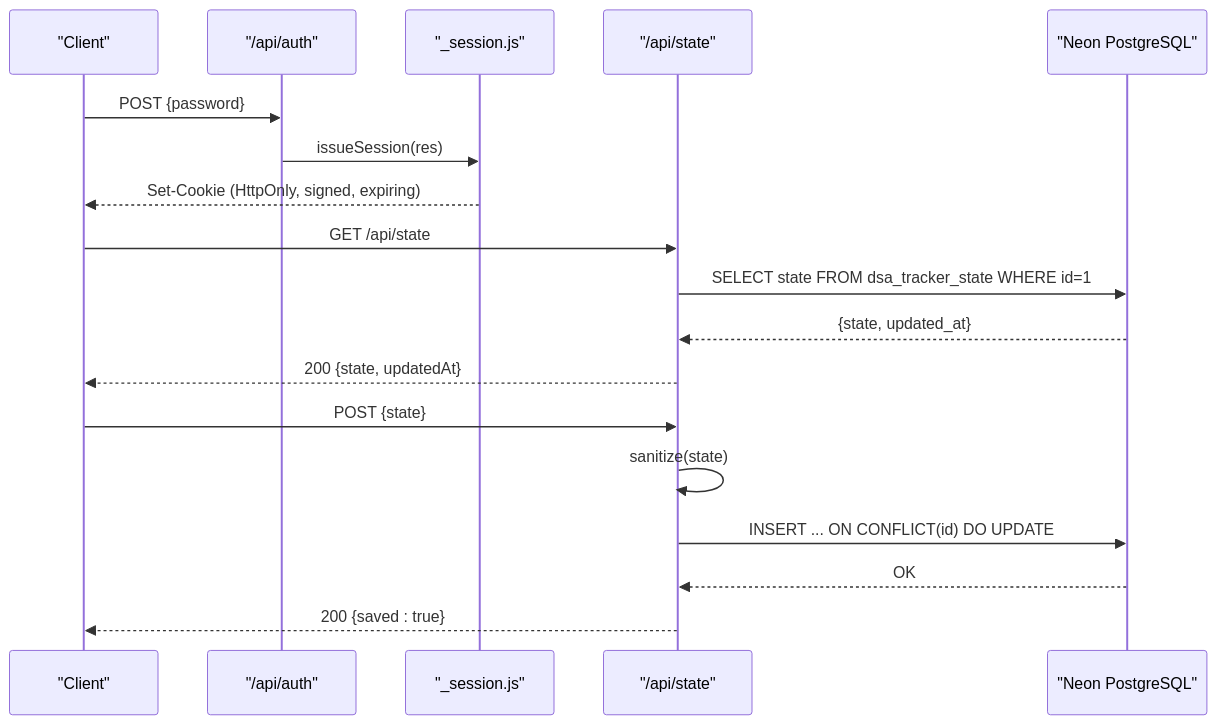
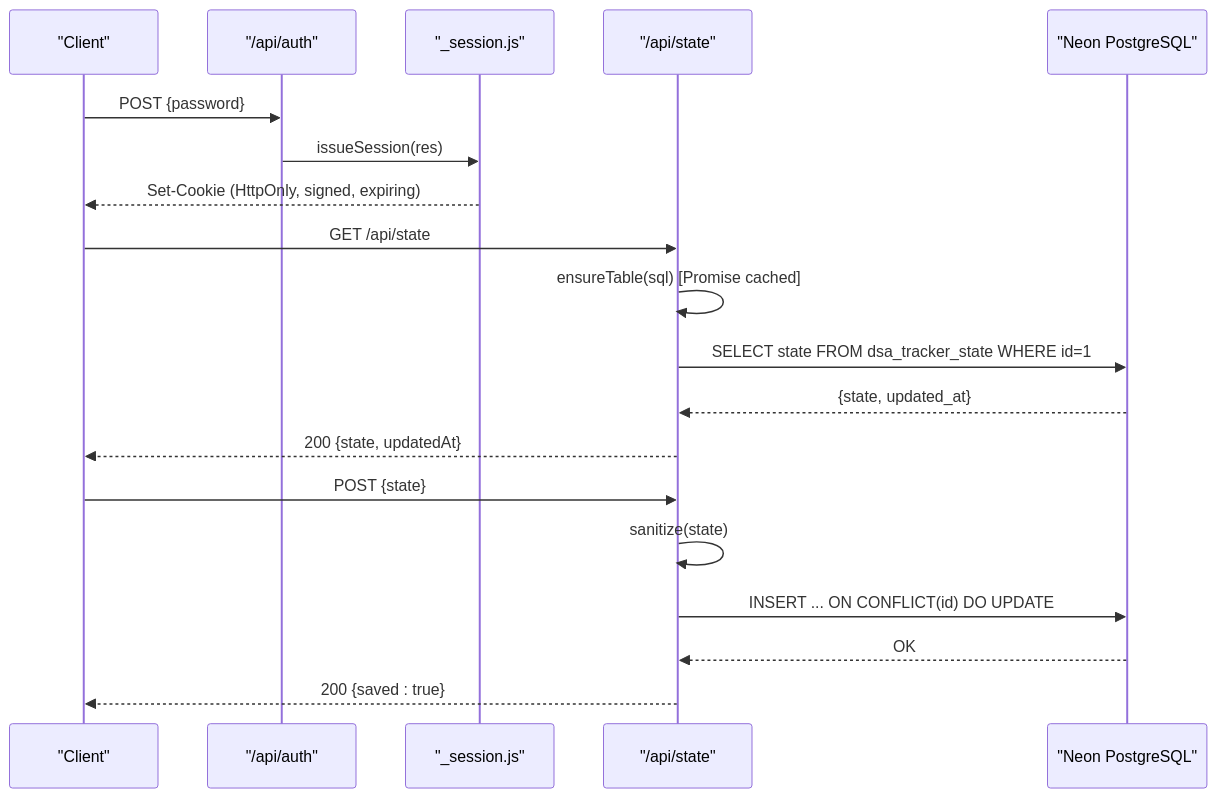
The second of 6 diagrams in .qoder/repowiki/en/content/Backend Services/State Synchronization API.md (iamrituraj/DSA-Tracker), drawn with Mermaid before and after one commit. The commit also changed other lines of this file and 42 other files, not shown here.

````diff
--- a/.qoder/repowiki/en/content/Backend Services/State Synchronization API.md
+++ b/.qoder/repowiki/en/content/Backend Services/State Synchronization API.md
@@ -83,20 +90,21 @@
 ```mermaid
 sequenceDiagram
 participant C as "Client"
 participant A as "/api/auth"
 participant S as "_session.js"
 participant ST as "/api/state"
 participant D as "Neon PostgreSQL"
 C->>A : POST {password}
 A->>S : issueSession(res)
 S-->>C : Set-Cookie (HttpOnly, signed, expiring)
 C->>ST : GET /api/state
+ST->>ST : ensureTable(sql) [Promise cached]
 ST->>D : SELECT state FROM dsa_tracker_state WHERE id=1
 D-->>ST : {state, updated_at}
 ST-->>C : 200 {state, updatedAt}
 C->>ST : POST {state}
 ST->>ST : sanitize(state)
 ST->>D : INSERT ... ON CONFLICT(id) DO UPDATE
 D-->>ST : OK
 ST-->>C : 200 {saved : true}
 ```
````
